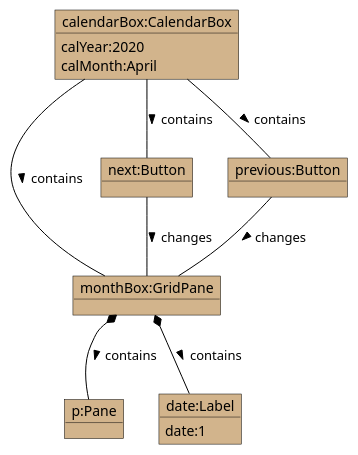
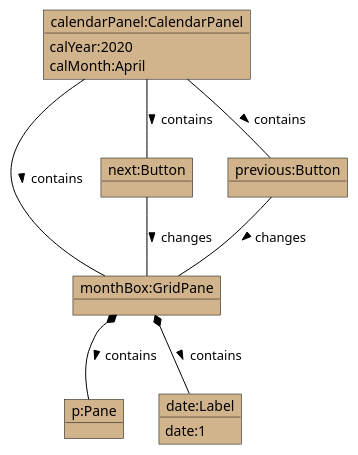
Before and after one commit to wyt-sonia/main: the diagram in docs/diagrams/CalendarBoxObjectDiagram.puml, drawn with PlantUML. The commit also changed 119 other files, not shown here.

```diff
--- a/docs/diagrams/CalendarBoxObjectDiagram.puml
+++ b/docs/diagrams/CalendarBoxObjectDiagram.puml
@@ -1,29 +1,29 @@
 @startuml
 
 skinparam objectBackgroundColor #tan
 skinparam objectBorderColor #black
 skinparam arrowColor #black
 
-object "calendarBox:CalendarBox" as cb {
+object "calendarPanel:CalendarPanel" as cb {
 calYear:2020
 calMonth:April
 }
 
 object "monthBox:GridPane" as mb
 object "next:Button" as next
 object "previous:Button" as prev
 object "p:Pane" as pane
 object "date:Label" as lbl {
 date:1
 }
 
 
 cb -- mb : contains >
 next -- mb : changes >
 prev -- mb : changes >
 cb -- next : contains >
 cb -- prev : contains >
 mb *-- pane : contains >
 mb *-- lbl : contains >
 
 @enduml
```
